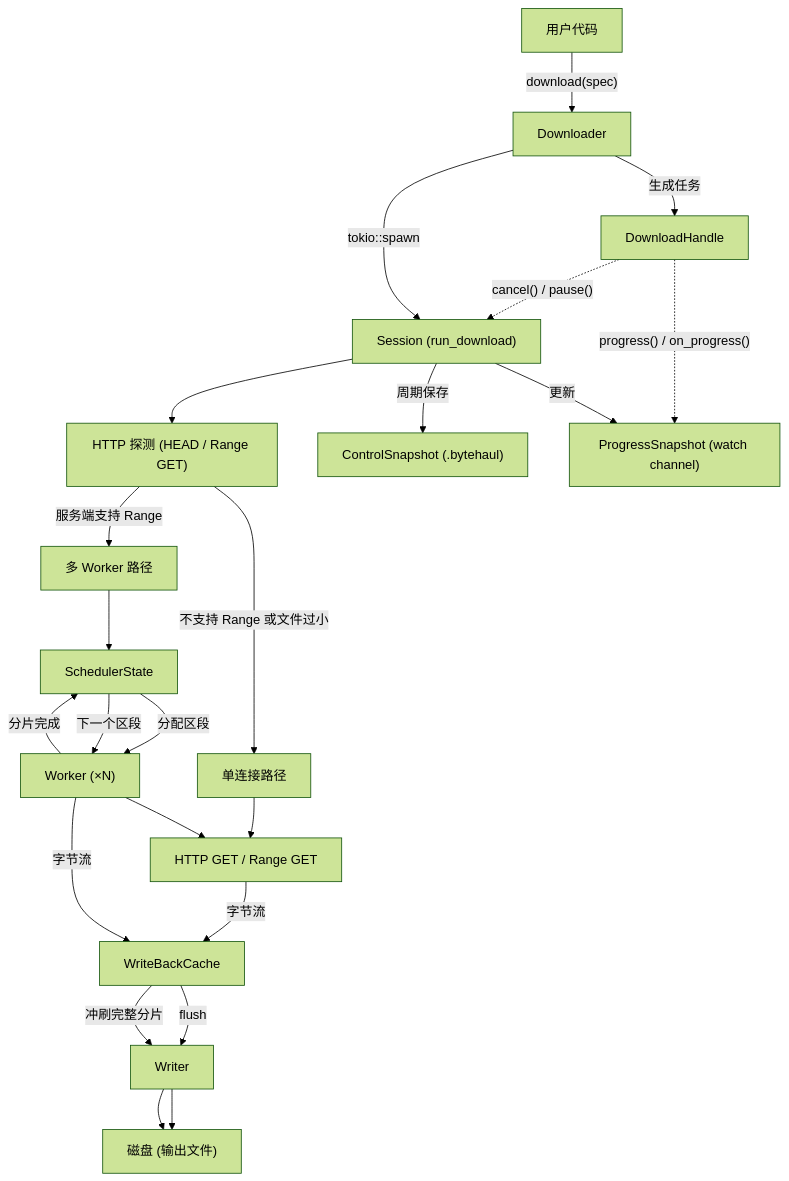
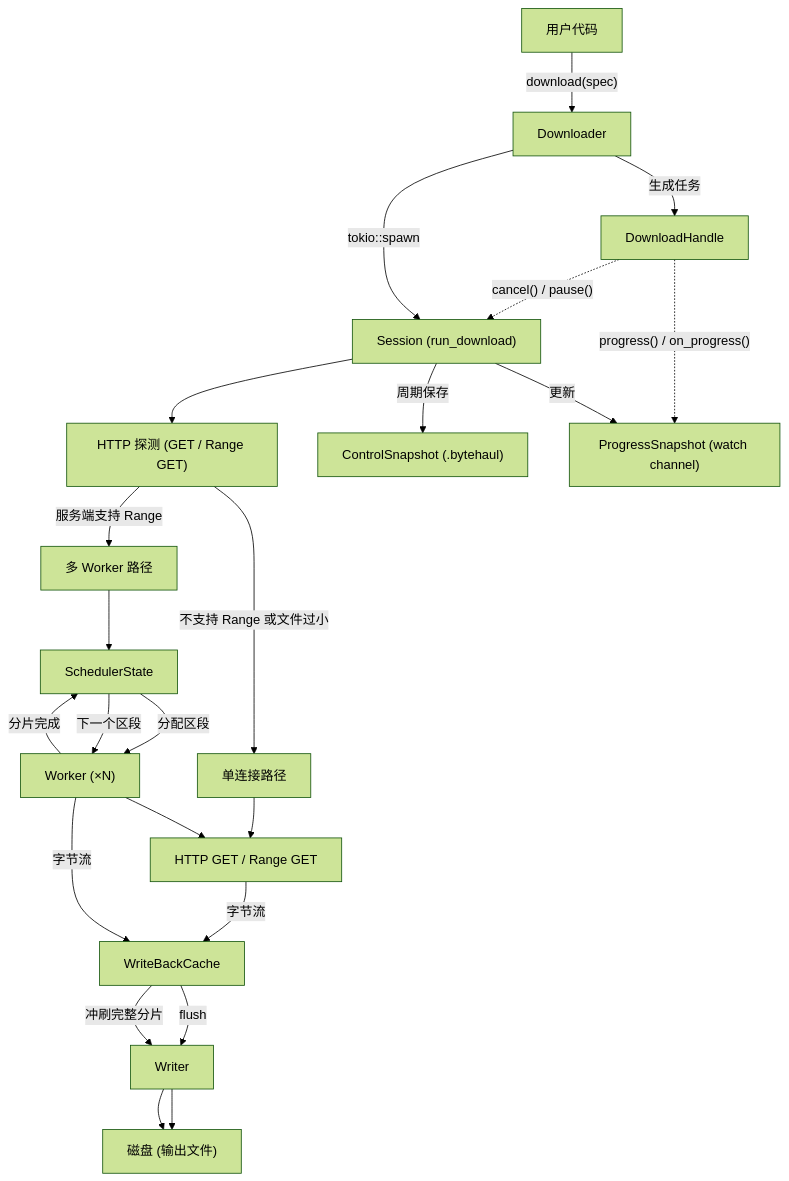
One commit to triwinds/bytehaul changed the diagram in docs/architecture.zh-CN.md. Above: the diagram before and after it, drawn with Mermaid (forest theme). The commit also changed other lines of this file and 18 other files, not shown here.

````diff
--- a/docs/architecture.zh-CN.md
+++ b/docs/architecture.zh-CN.md
@@ -13,45 +13,45 @@
 ```mermaid
 graph TD
     User["用户代码"]
     Downloader["Downloader"]
     Handle["DownloadHandle"]
     Session["Session (run_download)"]
-    Probe["HTTP 探测 (HEAD / Range GET)"]
+    Probe["HTTP 探测 (GET / Range GET)"]
     Single["单连接路径"]
     Multi["多 Worker 路径"]
     Scheduler["SchedulerState"]
     Worker["Worker (×N)"]
     HTTP["HTTP GET / Range GET"]
     Cache["WriteBackCache"]
     Writer["Writer"]
     Disk["磁盘 (输出文件)"]
     Control["ControlSnapshot (.bytehaul)"]
     Progress["ProgressSnapshot (watch channel)"]
 
     User -->|"download(spec)"| Downloader
     Downloader -->|"生成任务"| Handle
     Handle -.->|"progress() / on_progress()"| Progress
     Handle -.->|"cancel() / pause()"| Session
     Downloader -->|"tokio::spawn"| Session
 
     Session --> Probe
     Probe -->|"服务端支持 Range"| Multi
     Probe -->|"不支持 Range 或文件过小"| Single
 
     Single --> HTTP
     HTTP -->|"字节流"| Cache
     Cache -->|"flush"| Writer
     Writer --> Disk
 
     Multi --> Scheduler
     Scheduler -->|"分配区段"| Worker
     Worker --> HTTP
     Worker -->|"字节流"| Cache
     Cache -->|"冲刷完整分片"| Writer
     Writer --> Disk
     Worker -->|"分片完成"| Scheduler
     Scheduler -->|"下一个区段"| Worker
 
     Session -->|"周期保存"| Control
     Session -->|"更新"| Progress
 ```
````
